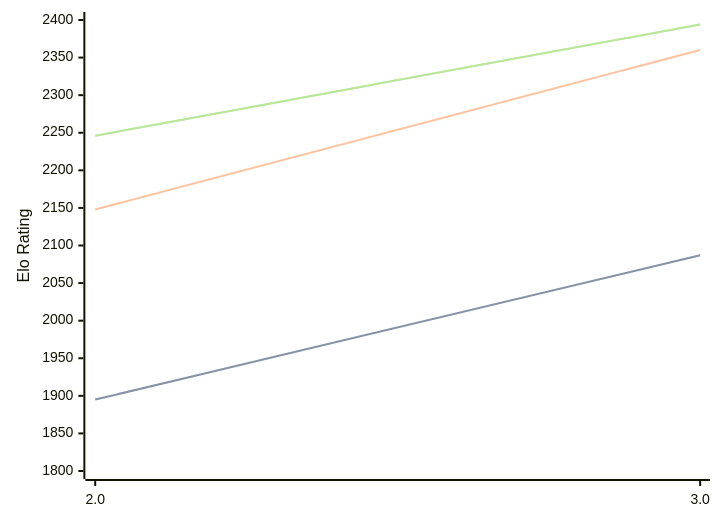
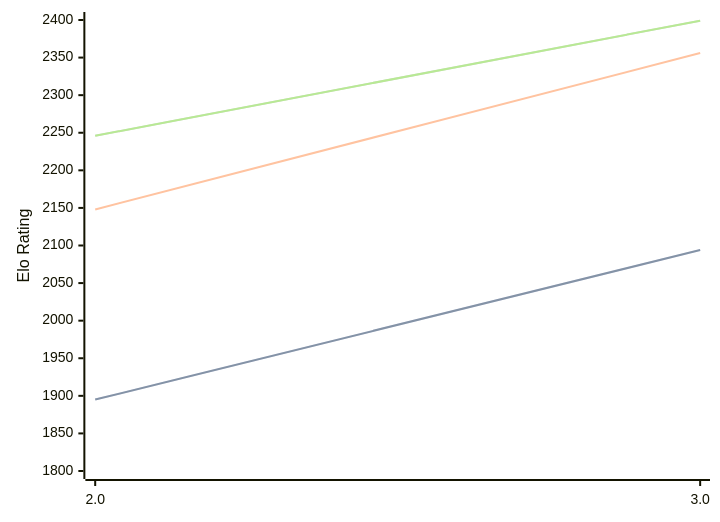
One commit to computer-chess-index/cci changed the diagram in engines/Zeno.md. Above: the diagram before and after it, drawn with Mermaid. The commit also changed other lines of this file, not shown here.

Commit message:
Update CCI Ratings (ELO VLTC) - 2026-08-20

````diff
--- a/engines/Zeno.md
+++ b/engines/Zeno.md
@@ -32,11 +32,11 @@
 ```mermaid
 %%{init: {"theme":"base","themeVariables":{"seriesColors:['#a3a3a3','#222221','#faa371']}}}%%
 xychart-beta
   x-axis ["2.0", "3.0"]
   y-axis "Elo Rating" 1800 --> 2400
-  line "STC (8.0+0.08s)" [1895, 2087]
-  line "STC (8.0+0.08s)" [1895, 2087]
-  line "LTC (60.0+0.60s)" [2148, 2360]
-  line "VLTC (2m24s+1.12s)" [2246, 2394]
-  line "VLTC (2m24s+1.12s)" [2246, 2394]
+  line "STC (8.0+0.08s)" [1895, 2094]
+  line "STC (8.0+0.08s)" [1895, 2094]
+  line "LTC (60.0+0.60s)" [2148, 2356]
+  line "VLTC (2m24s+1.12s)" [2246, 2399]
+  line "VLTC (2m24s+1.12s)" [2246, 2399]
 ```
````
